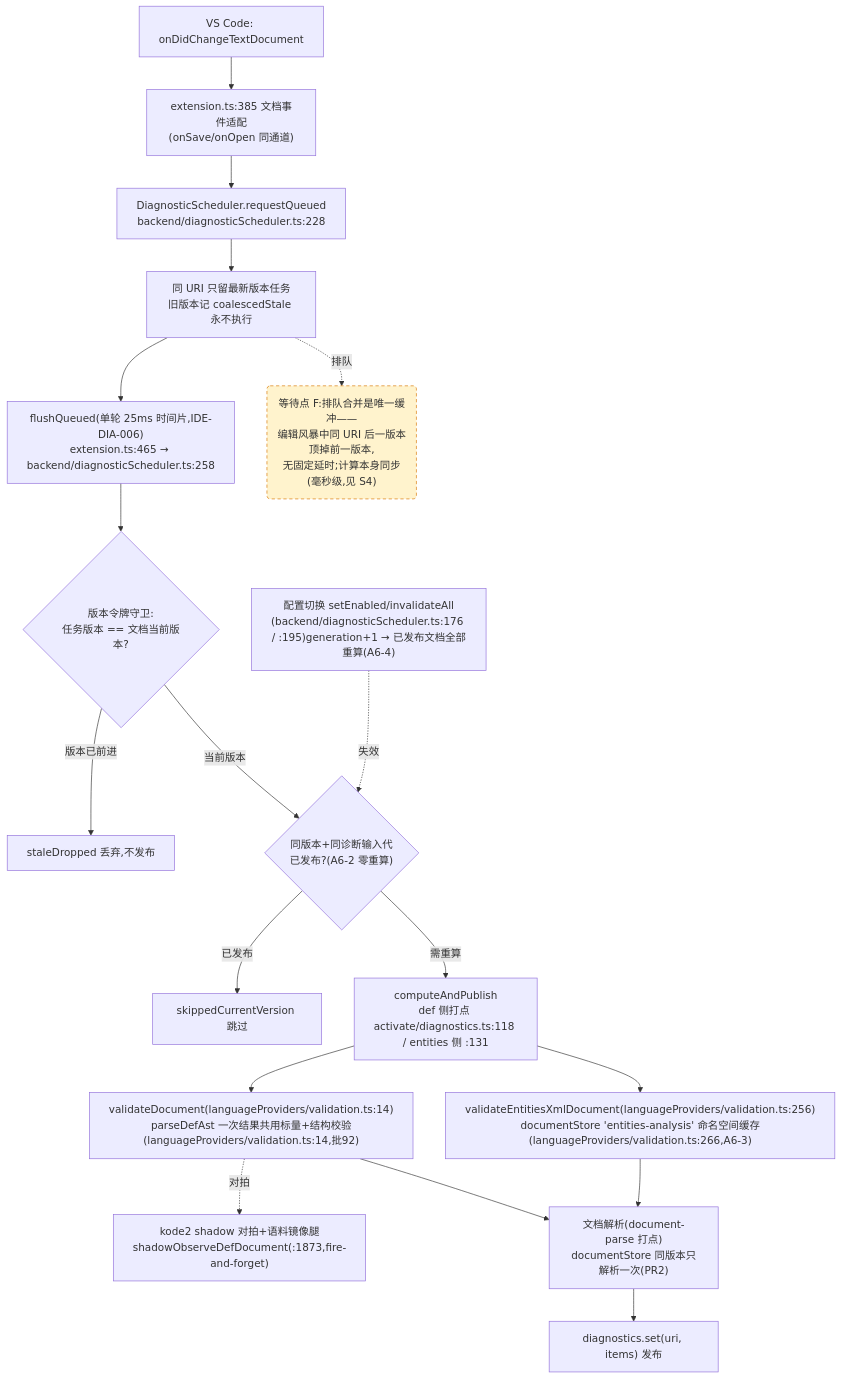
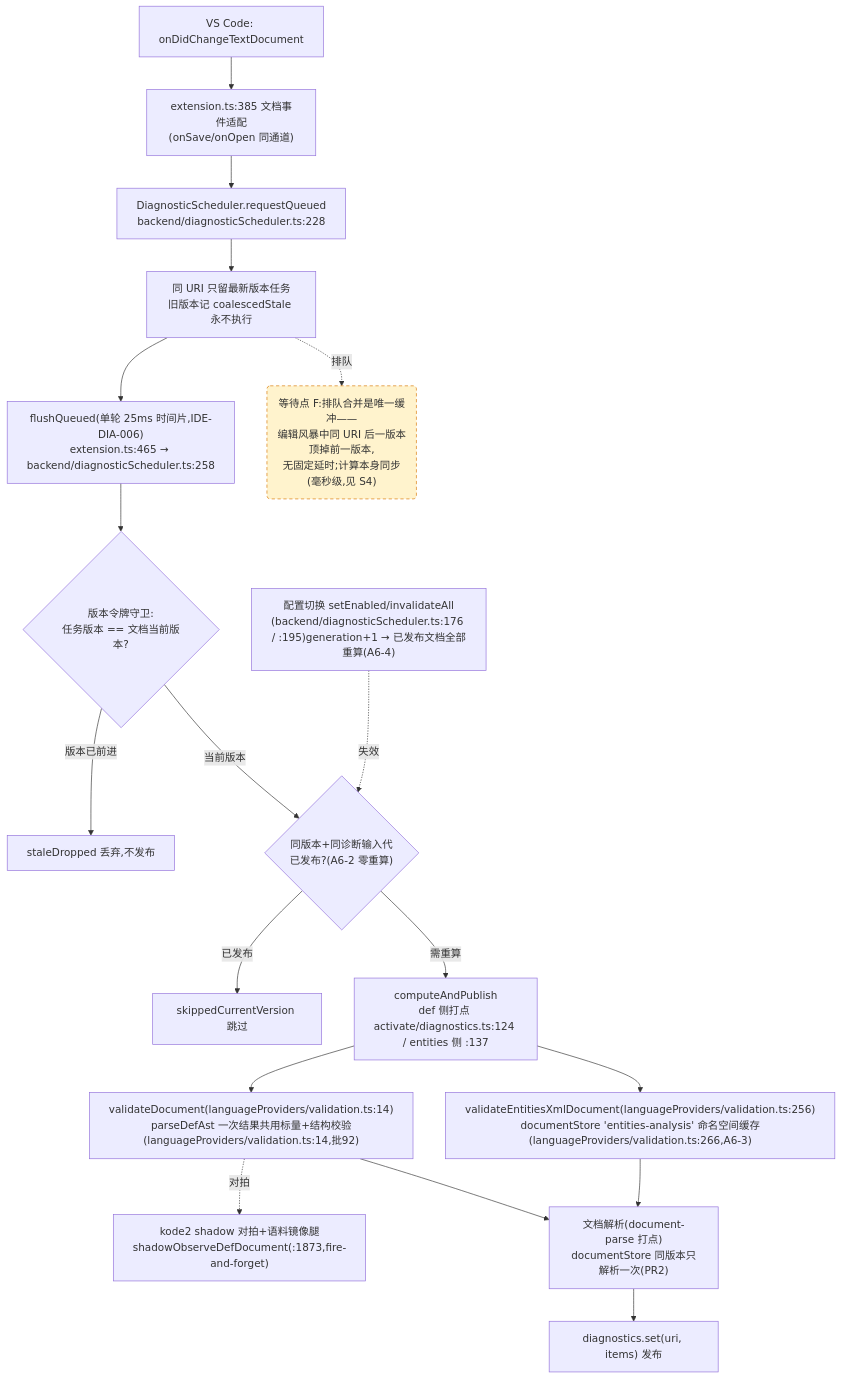
The fourth of 4 diagrams in docs/perf/2026-baseline.md (cuihairu/kode), drawn with Mermaid before and after one commit. The commit also changed 11 other files, not shown here.

````diff
--- a/docs/perf/2026-baseline.md
+++ b/docs/perf/2026-baseline.md
@@ -214,38 +214,38 @@
 ```mermaid
 flowchart TD
   CHG["VS Code: onDidChangeTextDocument"]
   WATCH["extension.ts:385 文档事件适配<br/>(onSave/onOpen 同通道)"]
   RQ["DiagnosticScheduler.requestQueued<br/>backend/diagnosticScheduler.ts:228"]
   CO["同 URI 只留最新版本任务<br/>旧版本记 coalescedStale 永不执行"]
   FL["flushQueued(单轮 25ms 时间片,IDE-DIA-006)<br/>extension.ts:465 → backend/diagnosticScheduler.ts:258"]
   VG{"版本令牌守卫:<br/>任务版本 == 文档当前版本?"}
   DROP["staleDropped 丢弃,不发布"]
   GEN{"同版本+同诊断输入代<br/>已发布?(A6-2 零重算)"}
   SKIP["skippedCurrentVersion 跳过"]
-  CALC["computeAndPublish<br/>def 侧打点 activate/diagnostics.ts:118 / entities 侧 :131"]
+  CALC["computeAndPublish<br/>def 侧打点 activate/diagnostics.ts:124 / entities 侧 :137"]
   VD["validateDocument(languageProviders/validation.ts:14)<br/>parseDefAst 一次结果共用标量+结构校验(languageProviders/validation.ts:14,批92)"]
   VEX["validateEntitiesXmlDocument(languageProviders/validation.ts:256)<br/>documentStore 'entities-analysis' 命名空间缓存(languageProviders/validation.ts:266,A6-3)"]
   SHDD["kode2 shadow 对拍+语料镜像腿<br/>shadowObserveDefDocument(:1873,fire-and-forget)"]
   DS["文档解析(document-parse 打点)<br/>documentStore 同版本只解析一次(PR2)"]
   PUB["diagnostics.set(uri, items) 发布"]
   CFG2["配置切换 setEnabled/invalidateAll<br/>(backend/diagnosticScheduler.ts:176 / :195)generation+1 → 已发布文档全部重算(A6-4)"]
 
   CHG --> WATCH --> RQ --> CO --> FL --> VG
   VG -- "版本已前进" --> DROP
   VG -- "当前版本" --> GEN
   GEN -- "已发布" --> SKIP
   GEN -- "需重算" --> CALC
   CALC --> VD
   CALC --> VEX
   VD --> DS
   VEX --> DS
   DS --> PUB
   VD -.->|对拍| SHDD
   CFG2 -.->|失效| GEN
 
   WAITF("等待点 F:排队合并是唯一缓冲——<br/>编辑风暴中同 URI 后一版本顶掉前一版本,<br/>无固定延时;计算本身同步(毫秒级,见 S4)")
   CO -.->|排队| WAITF
 
   classDef waitPoint fill:#fff3cd,stroke:#d97706,stroke-dasharray:5 4;
   class WAITF waitPoint;
 ```
````
